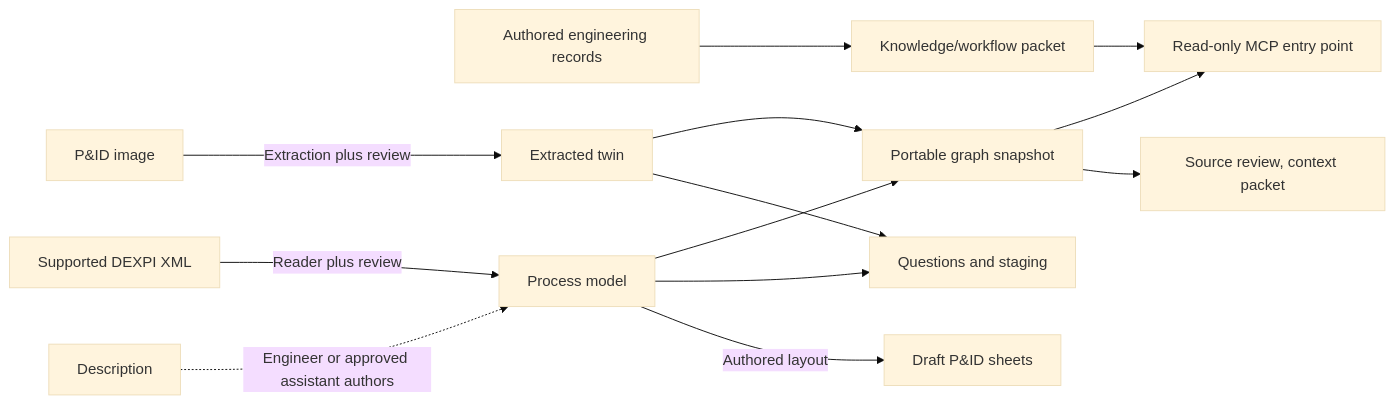
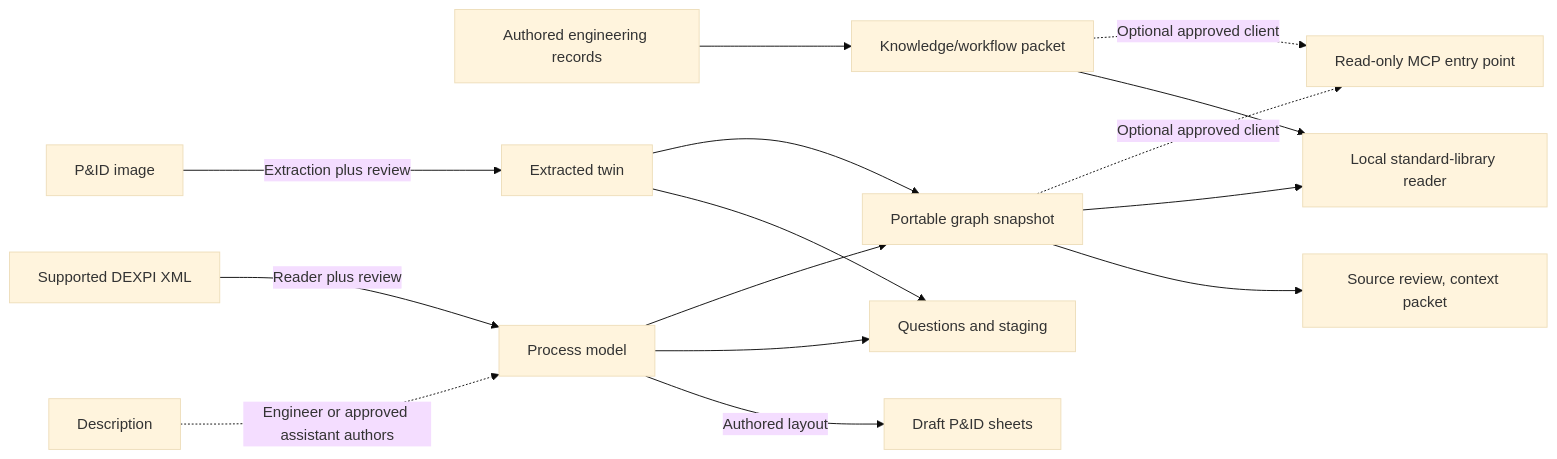
One commit to steve-vitale/engineering-context-toolkit changed the diagram in docs/WORKFLOWS.md. Above: the diagram before and after it, drawn with Mermaid (base theme). The commit also changed 41 other files, not shown here.

Commit message:
Preserve core graph evidence and clarify toolkit workflows

````diff
--- a/docs/WORKFLOWS.md
+++ b/docs/WORKFLOWS.md
@@ -34,15 +34,17 @@
 ```mermaid
 flowchart LR
     A[Authored engineering records] --> K[Knowledge/workflow packet]
-    K --> M[Read-only MCP entry point]
+    K --> L[Local standard-library reader]
+    K -.->|Optional approved client| M[Read-only MCP entry point]
     D[Description] -.->|Engineer or approved assistant authors| P[Process model]
     I[P&ID image] -->|Extraction plus review| T[Extracted twin]
     X[Supported DEXPI XML] -->|Reader plus review| P
     P -->|Authored layout| S[Draft P&ID sheets]
     P --> Q[Questions and staging]
     T --> Q
     P --> G[Portable graph snapshot]
     T --> G
     G --> R[Source review, context packet]
-    G --> M
+    G --> L
+    G -.->|Optional approved client| M
 ```
````
